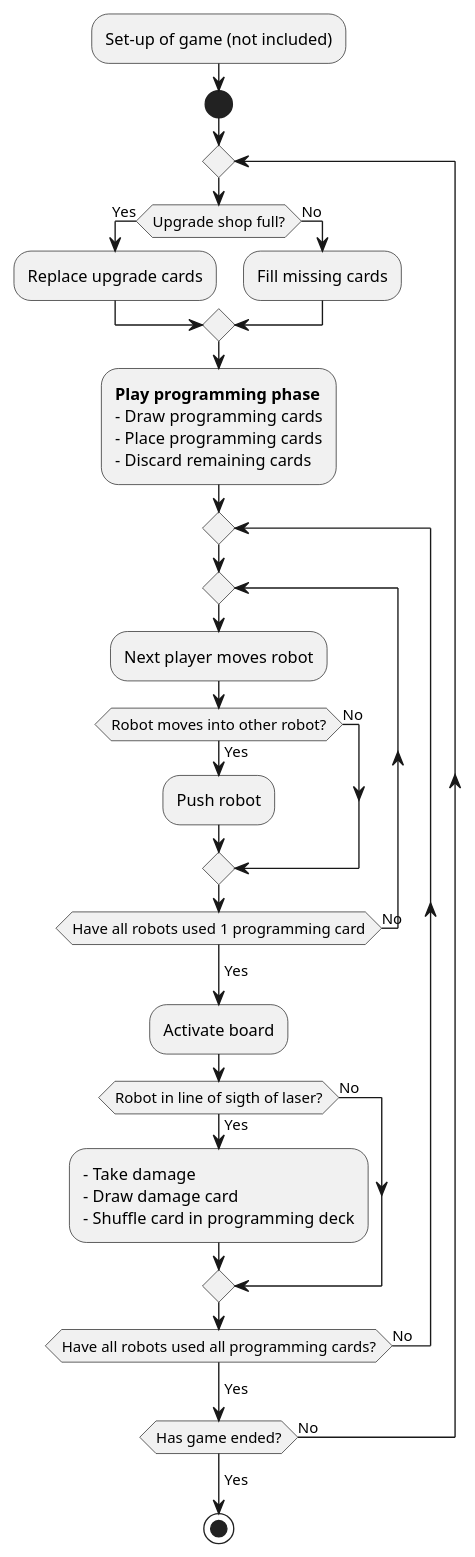
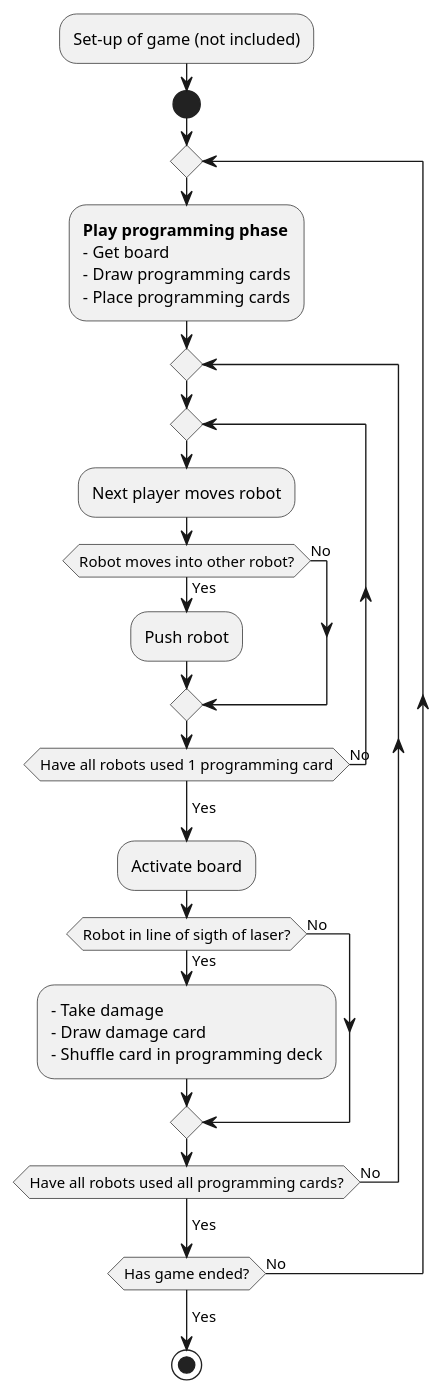
The diagram in documentation/plantuml/Activity diagrams/Must have req activitydiagram.puml (xdTobs/_18_roborally), drawn with PlantUML before and after one commit. The commit also changed 2 other files, not shown here.

Commit message:
alot of diagrams

```diff
--- a/documentation/plantuml/Activity diagrams/Must have req activitydiagram.puml
+++ b/documentation/plantuml/Activity diagrams/Must have req activitydiagram.puml
@@ -1,45 +1,40 @@
 @startuml
 
 :Set-up of game (not included);
 
 start
 
 repeat
 
-if (Upgrade shop full?) then (Yes)
-:Replace upgrade cards;
-else (No)
-:Fill missing cards;
-endif
+:**Play programming phase**
+- Get board
+- Draw programming cards
+- Place programming cards;
 
-:**Play programming phase**
-- Draw programming cards
-- Place programming cards
-- Discard remaining cards;
 
 repeat
 repeat
 :Next player moves robot;
 if (Robot moves into other robot?) then (Yes)
 :Push robot;
 else (No)
 endif
 
 repeat while (Have all robots used 1 programming card) is (No)
 -> Yes;
 
 :Activate board;
 if (Robot in line of sigth of laser?) then (Yes)
 :- Take damage
 - Draw damage card
 - Shuffle card in programming deck;
 else (No);
 endif
 
 repeat while (Have all robots used all programming cards?) is (No)
 -> Yes;
 repeat while (Has game ended?) is (No)
 -> Yes;
 stop
 
 @enduml
```
